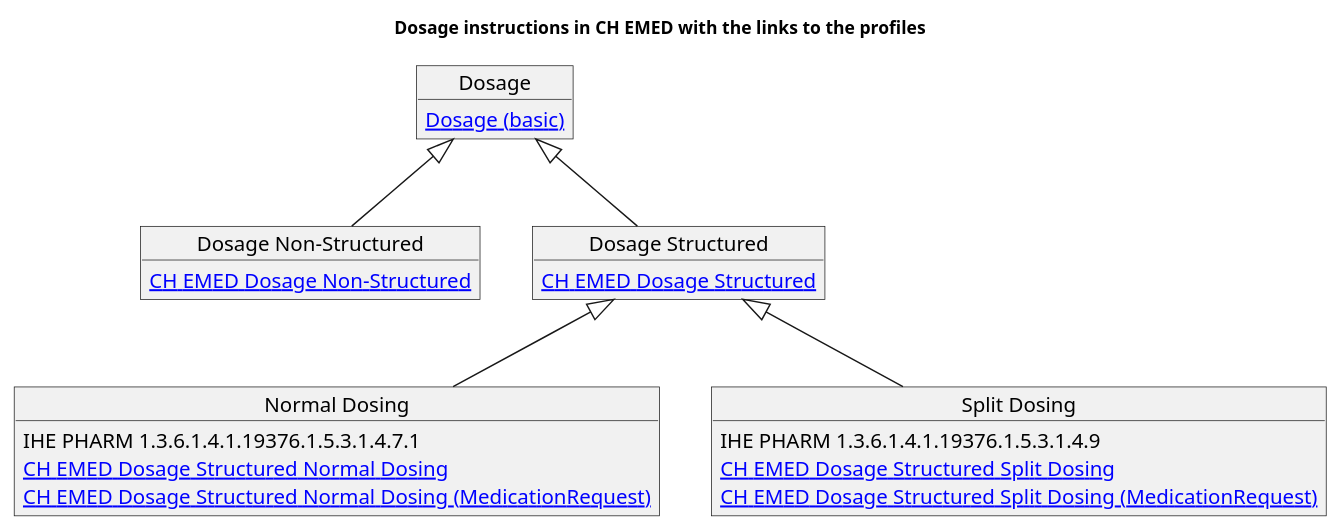
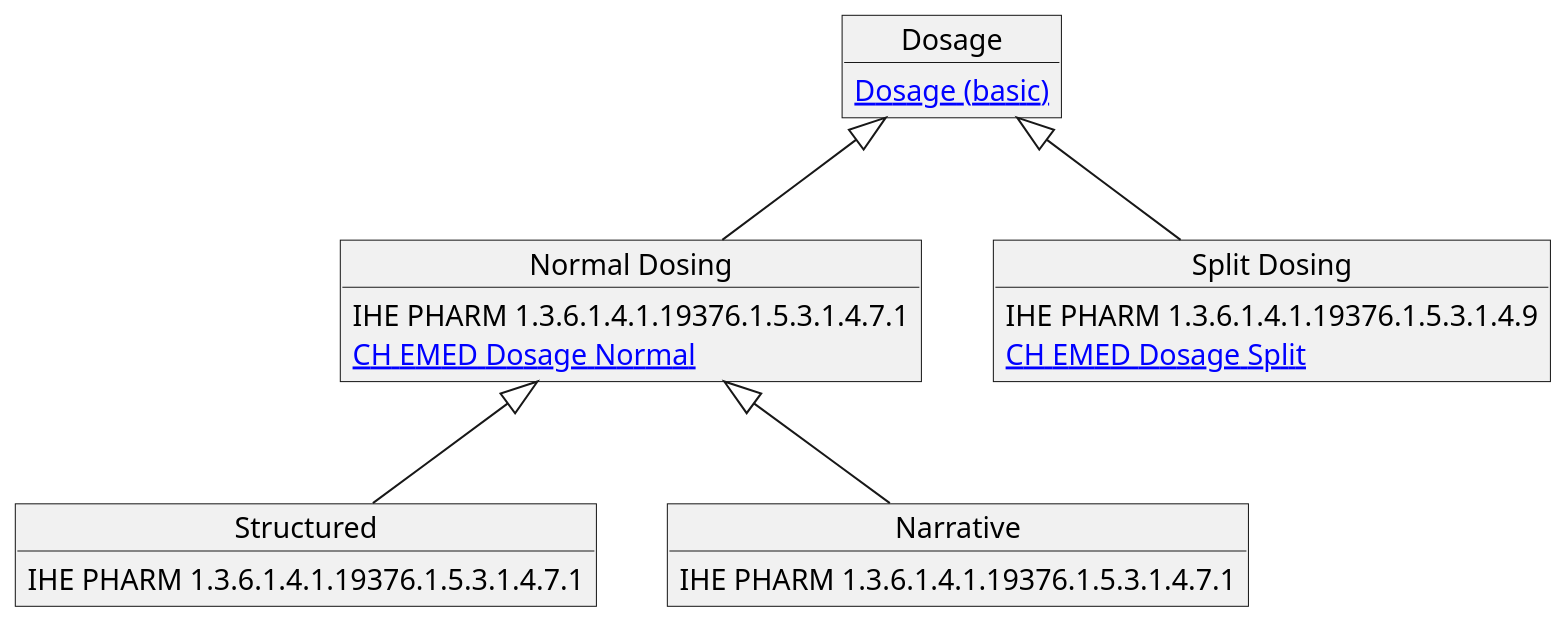
One commit to hl7ch/ch-emed changed the diagram in input/images-source/dosage.plantuml. Above: the diagram before and after it, drawn with PlantUML. The commit also changed 1 other file, not shown here.

Commit message:
proposal vor dosage update

```diff
--- a/input/images-source/dosage.plantuml
+++ b/input/images-source/dosage.plantuml
@@ -1,32 +1,31 @@
 @startuml
 
-skinparam svgDimensionStyle false
-
-title Dosage instructions in CH EMED with the links to the profiles
-skinparam titleFontSize 12
+scale 1.4
+skinparam titleFontSize 10
 
 object "Dosage" as dosage {
   [[http://hl7.org/fhir/StructureDefinition/Dosage Dosage (basic)]]
 }
-object "Dosage Non-Structured" as dosagenonstructured {
-  [[StructureDefinition-ch-emed-dosage-nonstructured.html CH EMED Dosage Non-Structured]]
+
+object "Normal Dosing" as dosagenormal {
+  IHE PHARM 1.3.6.1.4.1.19376.1.5.3.1.4.7.1
+  [[StructureDefinition-ch-emed-dosage-normal.html CH EMED Dosage Normal]]
 }
-object "Dosage Structured" as dosagestructured {
-  [[StructureDefinition-ch-emed-dosage-structured.html CH EMED Dosage Structured]]
+object "Structured" as dosagenormalstructured {
+  IHE PHARM 1.3.6.1.4.1.19376.1.5.3.1.4.7.1
 }
-object "Normal Dosing" as dosagestructurednormal {
+object "Narrative" as dosagenormalnarrative {
   IHE PHARM 1.3.6.1.4.1.19376.1.5.3.1.4.7.1
-  [[StructureDefinition-ch-emed-dosage-structured-normal.html CH EMED Dosage Structured Normal Dosing]]
-  [[StructureDefinition-ch-emed-dosage-structured-normal-medicationrequest.html CH EMED Dosage Structured Normal Dosing (MedicationRequest)]]
-}
-object "Split Dosing" as dosagestructuredsplit {
-  IHE PHARM 1.3.6.1.4.1.19376.1.5.3.1.4.9
-  [[StructureDefinition-ch-emed-dosage-structured-split.html CH EMED Dosage Structured Split Dosing]]
-  [[StructureDefinition-ch-emed-dosage-structured-split-medicationrequest.html CH EMED Dosage Structured Split Dosing (MedicationRequest)]]
 }
 
-dosage <|-- dosagenonstructured
-dosage <|-- dosagestructured
-dosagestructured <|-- dosagestructurednormal
-dosagestructured <|-- dosagestructuredsplit
+object "Split Dosing" as dosagesplit {
+  IHE PHARM 1.3.6.1.4.1.19376.1.5.3.1.4.9
+  [[StructureDefinition-ch-emed-dosage-split.html CH EMED Dosage Split]]
+}
+
+
+dosage <|-- dosagenormal
+dosagenormal <|-- dosagenormalstructured
+dosagenormal <|-- dosagenormalnarrative
+dosage <|-- dosagesplit
 @enduml
```
